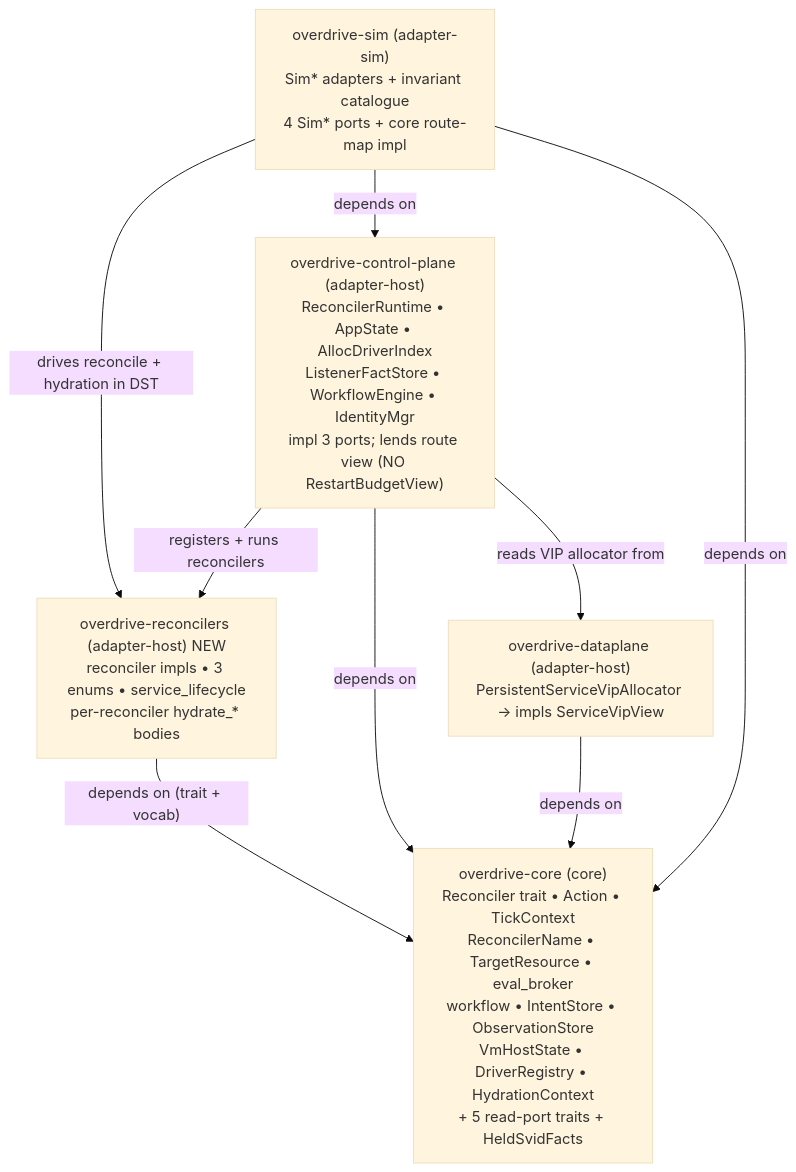
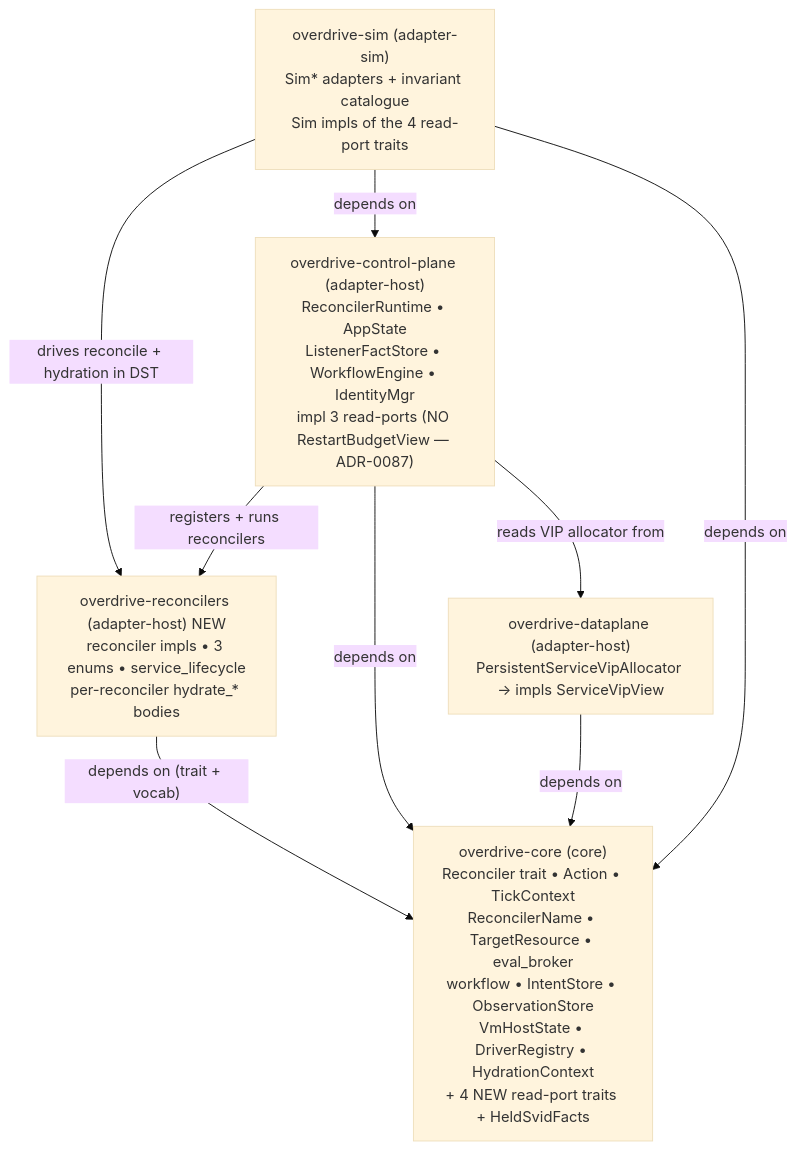
One commit to overdrive-sh/overdrive changed the diagram in docs/product/architecture/adr-0086-reconcilers-own-hydration-overdrive-reconcilers-crate.md. Above: the diagram before and after it, drawn with Mermaid (base theme). The commit also changed other lines of this file and 13 other files, not shown here.

````diff
--- a/docs/product/architecture/adr-0086-reconcilers-own-hydration-overdrive-reconcilers-crate.md
+++ b/docs/product/architecture/adr-0086-reconcilers-own-hydration-overdrive-reconcilers-crate.md
@@ -216,17 +194,17 @@
 ```mermaid
 graph TD
-    core["overdrive-core (core)<br/>Reconciler trait • Action • TickContext<br/>ReconcilerName • TargetResource • eval_broker<br/>workflow • IntentStore • ObservationStore<br/>VmHostState • DriverRegistry • HydrationContext<br/>+ 5 read-port traits + HeldSvidFacts"]
+    core["overdrive-core (core)<br/>Reconciler trait • Action • TickContext<br/>ReconcilerName • TargetResource • eval_broker<br/>workflow • IntentStore • ObservationStore<br/>VmHostState • DriverRegistry • HydrationContext<br/>+ 4 NEW read-port traits + HeldSvidFacts"]
     recon["overdrive-reconcilers (adapter-host) NEW<br/>reconciler impls • 3 enums • service_lifecycle<br/>per-reconciler hydrate_* bodies"]
-    cp["overdrive-control-plane (adapter-host)<br/>ReconcilerRuntime • AppState • AllocDriverIndex<br/>ListenerFactStore • WorkflowEngine • IdentityMgr<br/>impl 3 ports; lends route view (NO RestartBudgetView)"]
+    cp["overdrive-control-plane (adapter-host)<br/>ReconcilerRuntime • AppState<br/>ListenerFactStore • WorkflowEngine • IdentityMgr<br/>impl 3 read-ports (NO RestartBudgetView — ADR-0087)"]
     dp["overdrive-dataplane (adapter-host)<br/>PersistentServiceVipAllocator → impls ServiceVipView"]
-    sim["overdrive-sim (adapter-sim)<br/>Sim* adapters + invariant catalogue<br/>4 Sim* ports + core route-map impl"]
+    sim["overdrive-sim (adapter-sim)<br/>Sim* adapters + invariant catalogue<br/>Sim impls of the 4 read-port traits"]
 
     recon -->|"depends on (trait + vocab)"| core
     cp -->|"registers + runs reconcilers"| recon
     cp -->|"depends on"| core
     cp -->|"reads VIP allocator from"| dp
     dp -->|"depends on"| core
     sim -->|"drives reconcile + hydration in DST"| recon
     sim -->|"depends on"| cp
     sim -->|"depends on"| core
 ```
````
